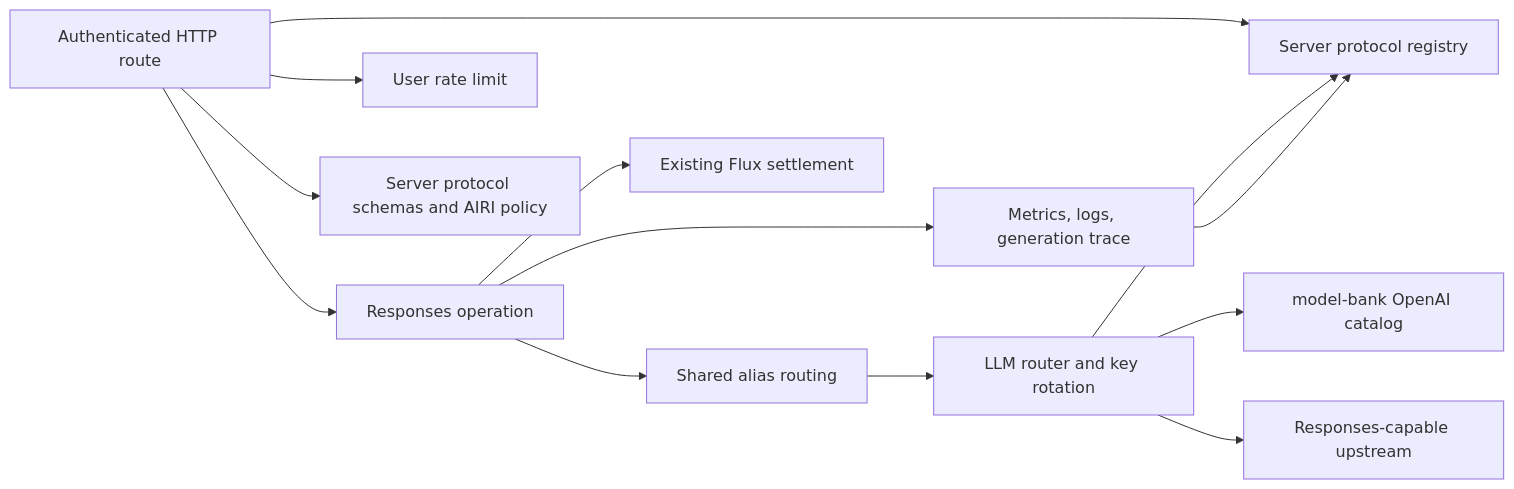
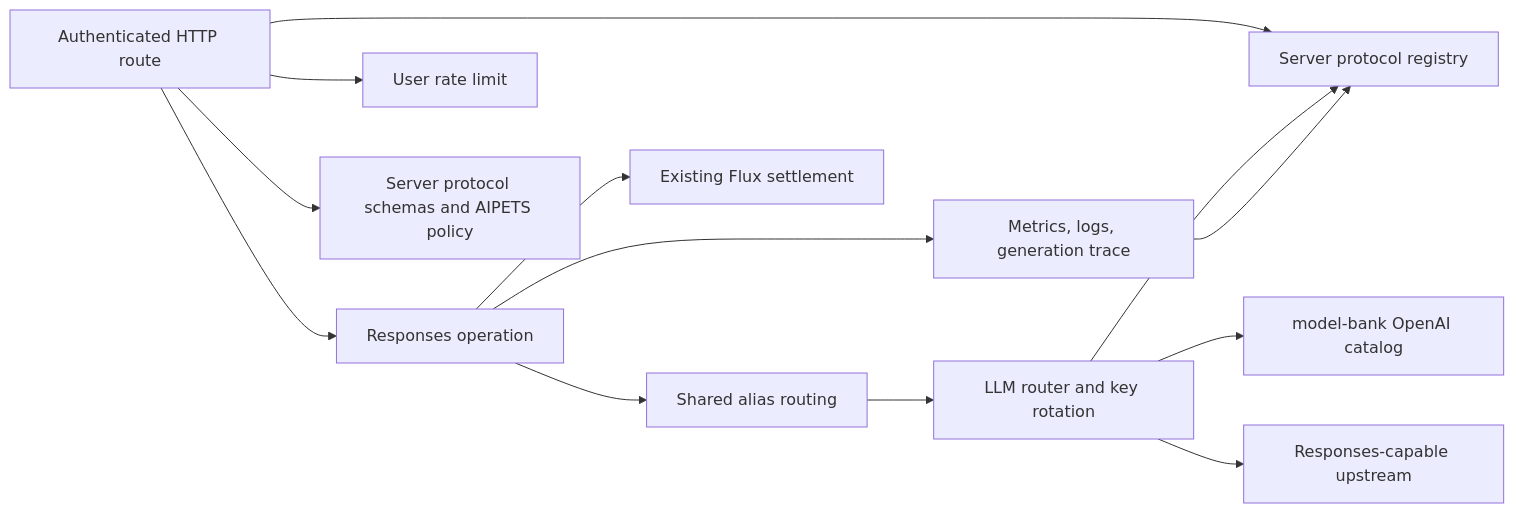
Before and after one commit to kallen-noelle/AIPets: the first of 2 diagrams in server/docs/ai/adr/2026-09-15-hosted-responses.md, drawn with Mermaid. The commit also changed other lines of this file and 55 other files, not shown here.

Commit message:
refactor(server): rename airi to aipets in auth and shared server packages

````diff
--- a/server/docs/ai/adr/2026-09-15-hosted-responses.md
+++ b/server/docs/ai/adr/2026-09-15-hosted-responses.md
@@ -75,15 +75,15 @@
 ```mermaid
 flowchart LR
   HTTP[Authenticated HTTP route] --> Operation[Responses operation]
   HTTP --> Limit[User rate limit]
   Operation --> Alias[Shared alias routing]
   Alias --> Router[LLM router and key rotation]
   HTTP --> Protocols[Server protocol registry]
   Router --> Protocols
   Observe --> Protocols
-  HTTP --> Schema[Server protocol schemas and AIRI policy]
+  HTTP --> Schema[Server protocol schemas and AIPETS policy]
   Router --> Catalog[model-bank OpenAI catalog]
   Router --> Upstream[Responses-capable upstream]
   Operation --> Billing[Existing Flux settlement]
   Operation --> Observe[Metrics, logs, generation trace]
 ```
````
